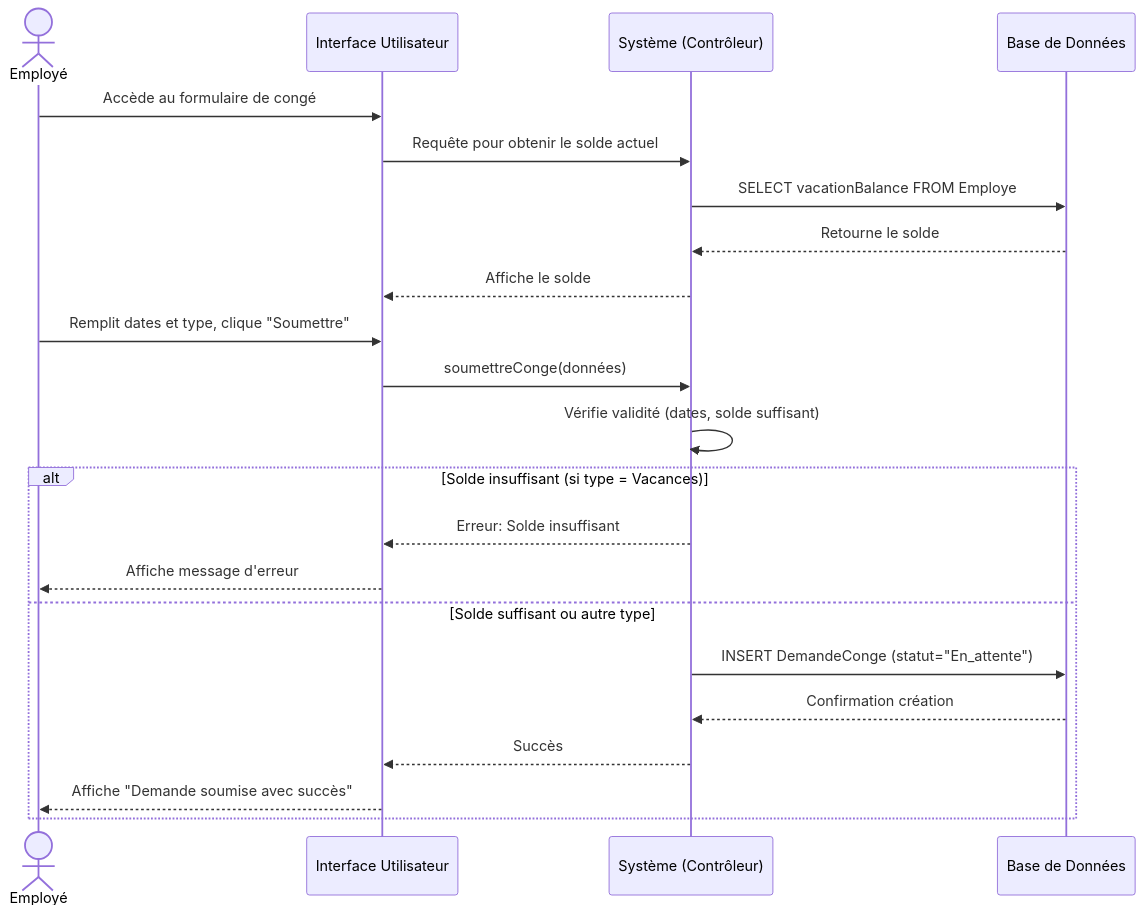
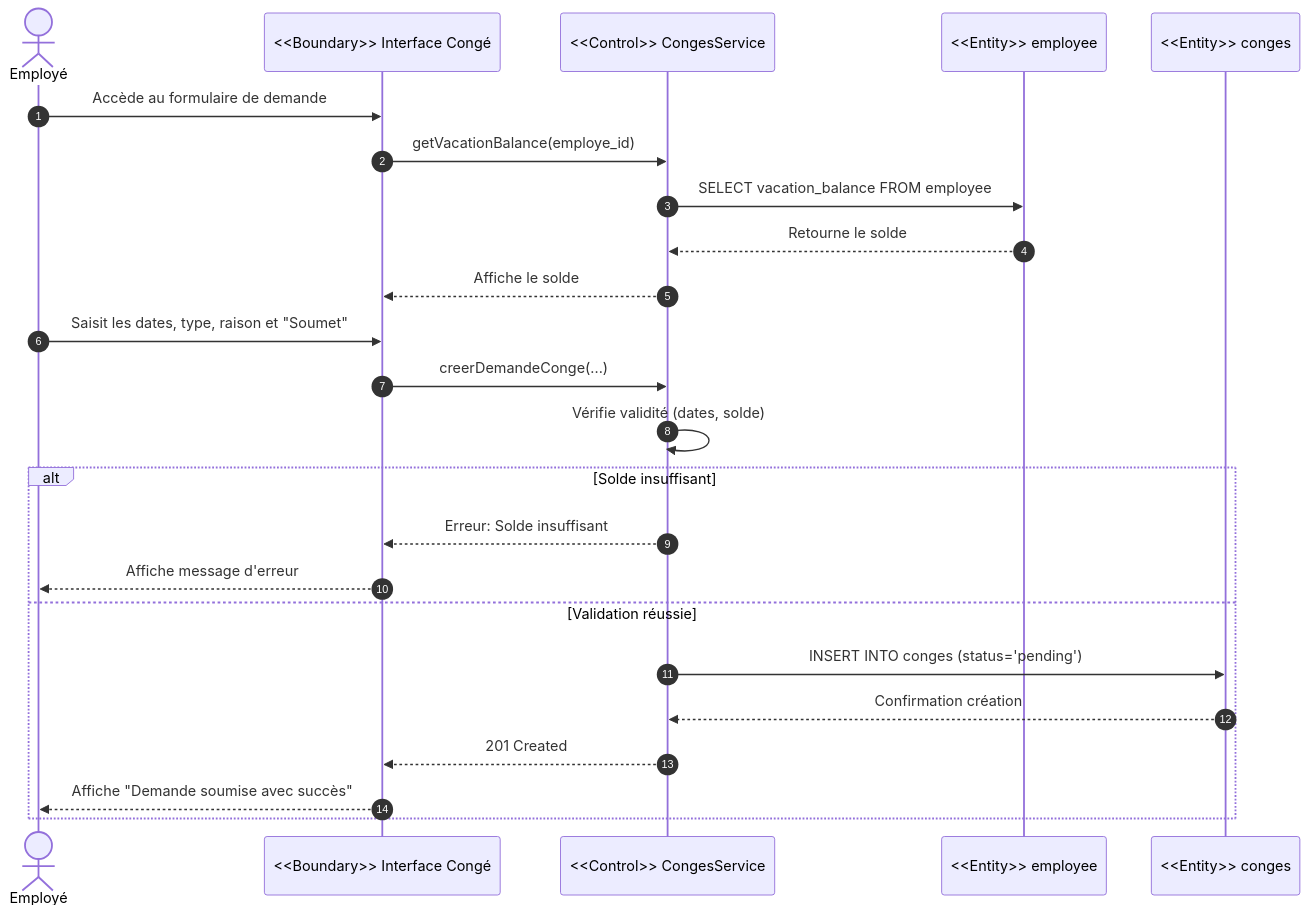
The third of 4 diagrams in sprint2_conception.md (Wissem-Amiri/PFE2026), drawn with Mermaid before and after one commit. The commit also changed other lines of this file, not shown here.

````diff
--- a/sprint2_conception.md
+++ b/sprint2_conception.md
@@ -105,28 +107,30 @@
 ```mermaid
 sequenceDiagram
+    autonumber
     actor E as Employé
-    participant I as Interface Utilisateur
-    participant S as Système (Contrôleur)
-    participant B as Base de Données
+    participant I as <<Boundary>> Interface Congé
+    participant S as <<Control>> CongesService
+    participant EmpDB as <<Entity>> employee
+    participant B as <<Entity>> conges
 
-    E->>I: Accède au formulaire de congé
-    I->>S: Requête pour obtenir le solde actuel
-    S->>B: SELECT vacationBalance FROM Employe
-    B-->>S: Retourne le solde
+    E->>I: Accède au formulaire de demande
+    I->>S: getVacationBalance(employe_id)
+    S->>EmpDB: SELECT vacation_balance FROM employee
+    EmpDB-->>S: Retourne le solde
     S-->>I: Affiche le solde
     
-    E->>I: Remplit dates et type, clique "Soumettre"
-    I->>S: soumettreConge(données)
+    E->>I: Saisit les dates, type, raison et "Soumet"
+    I->>S: creerDemandeConge(...)
     
-    S->>S: Vérifie validité (dates, solde suffisant)
+    S->>S: Vérifie validité (dates, solde)
     
-    alt Solde insuffisant (si type = Vacances)
+    alt Solde insuffisant
         S-->>I: Erreur: Solde insuffisant
         I-->>E: Affiche message d'erreur
-    else Solde suffisant ou autre type
-        S->>B: INSERT DemandeConge (statut="En_attente")
+    else Validation réussie
+        S->>B: INSERT INTO conges (status='pending')
         B-->>S: Confirmation création
-        S-->>I: Succès
+        S-->>I: 201 Created
         I-->>E: Affiche "Demande soumise avec succès"
     end
 ```
````
